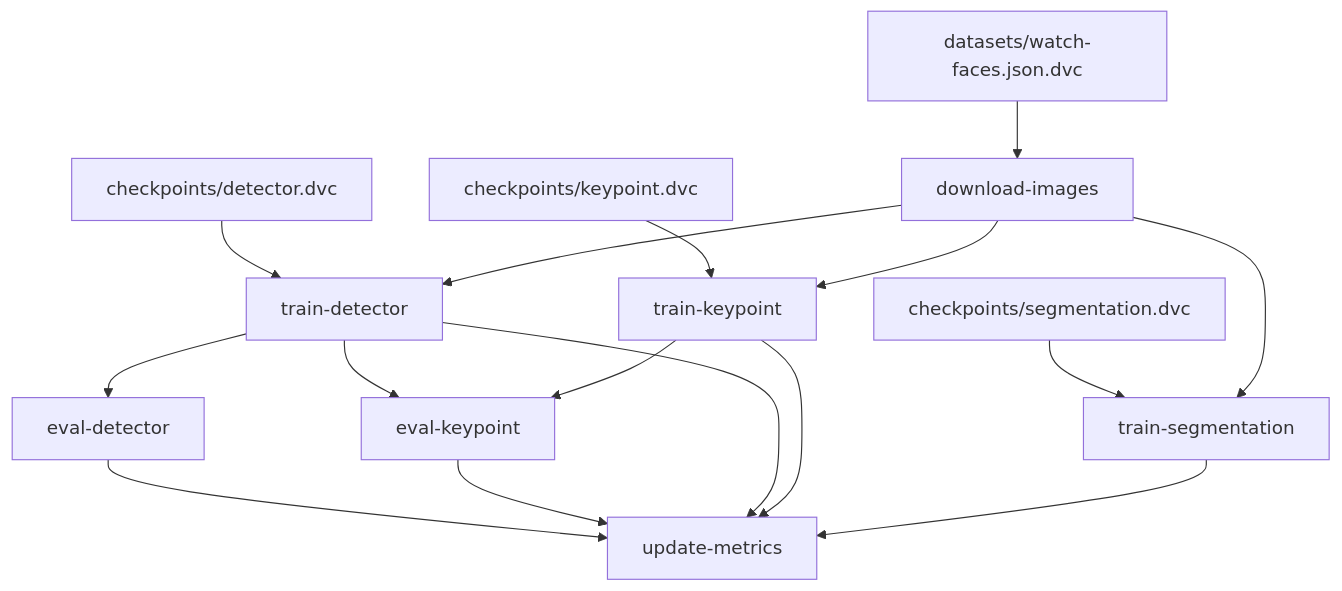
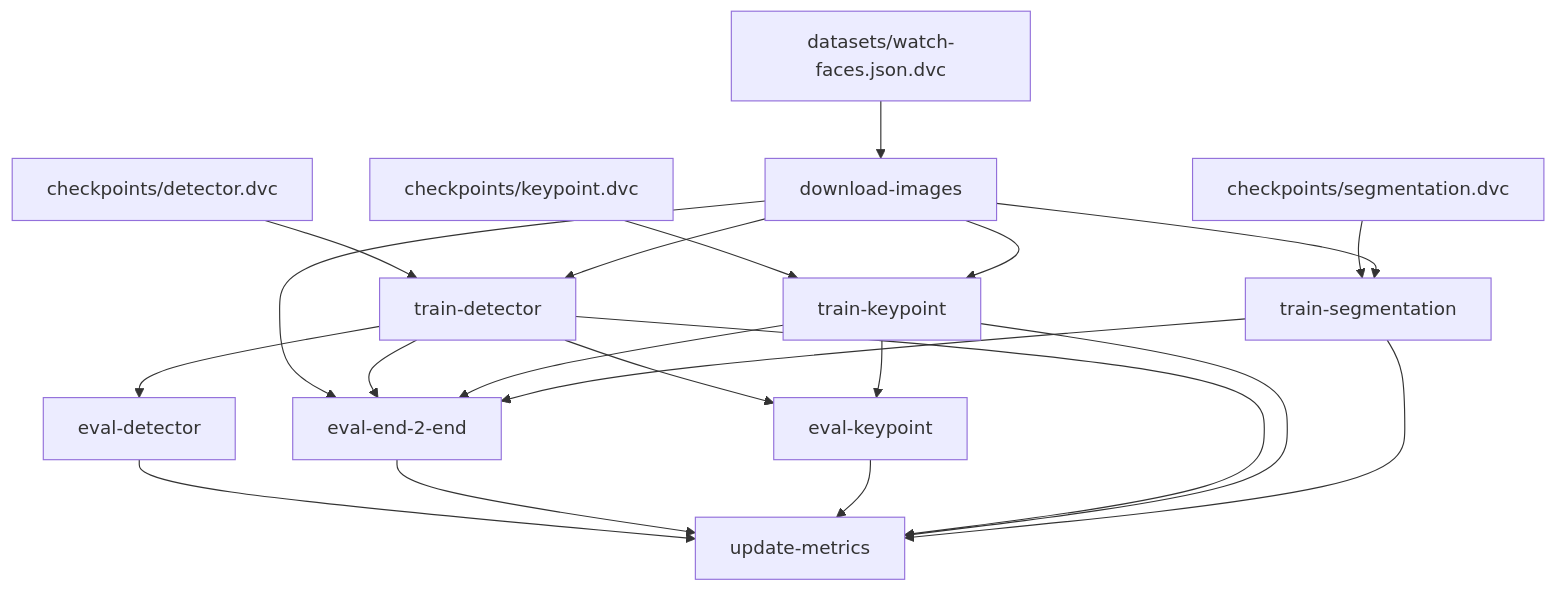
One commit to akucia/analog-watch-recognition changed the diagram in README.md. Above: the diagram before and after it, drawn with Mermaid. The commit also changed other lines of this file and 9 other files, not shown here.

````diff
--- a/README.md
+++ b/README.md
@@ -12,29 +2,35 @@
 ```mermaid
 flowchart TD
-	node1[checkpoints/detector.dvc]
-	node2[checkpoints/keypoint.dvc]
-	node3[checkpoints/segmentation.dvc]
-	node4[datasets/watch-faces.json.dvc]
-	node5[download-images]
-	node6[eval-detector]
-	node7[eval-keypoint]
-	node8[train-detector]
-	node9[train-keypoint]
-	node10[train-segmentation]
-	node11[update-metrics]
-	node1-->node8
-	node2-->node9
-	node3-->node10
+	node1["checkpoints/detector.dvc"]
+	node2["checkpoints/keypoint.dvc"]
+	node3["checkpoints/segmentation.dvc"]
+	node4["datasets/watch-faces.json.dvc"]
+	node5["download-images"]
+	node6["eval-detector"]
+	node7["eval-end-2-end"]
+	node8["eval-keypoint"]
+	node9["train-detector"]
+	node10["train-keypoint"]
+	node11["train-segmentation"]
+	node12["update-metrics"]
+	node1-->node9
+	node2-->node10
+	node3-->node11
 	node4-->node5
-	node5-->node8
+	node5-->node7
 	node5-->node9
 	node5-->node10
-	node6-->node11
-	node7-->node11
-	node8-->node6
-	node8-->node7
-	node8-->node11
+	node5-->node11
+	node6-->node12
+	node7-->node12
+	node8-->node12
+	node9-->node6
 	node9-->node7
-	node9-->node11
-	node10-->node11
+	node9-->node8
+	node9-->node12
+	node10-->node7
+	node10-->node8
+	node10-->node12
+	node11-->node7
+	node11-->node12
 ```
````
